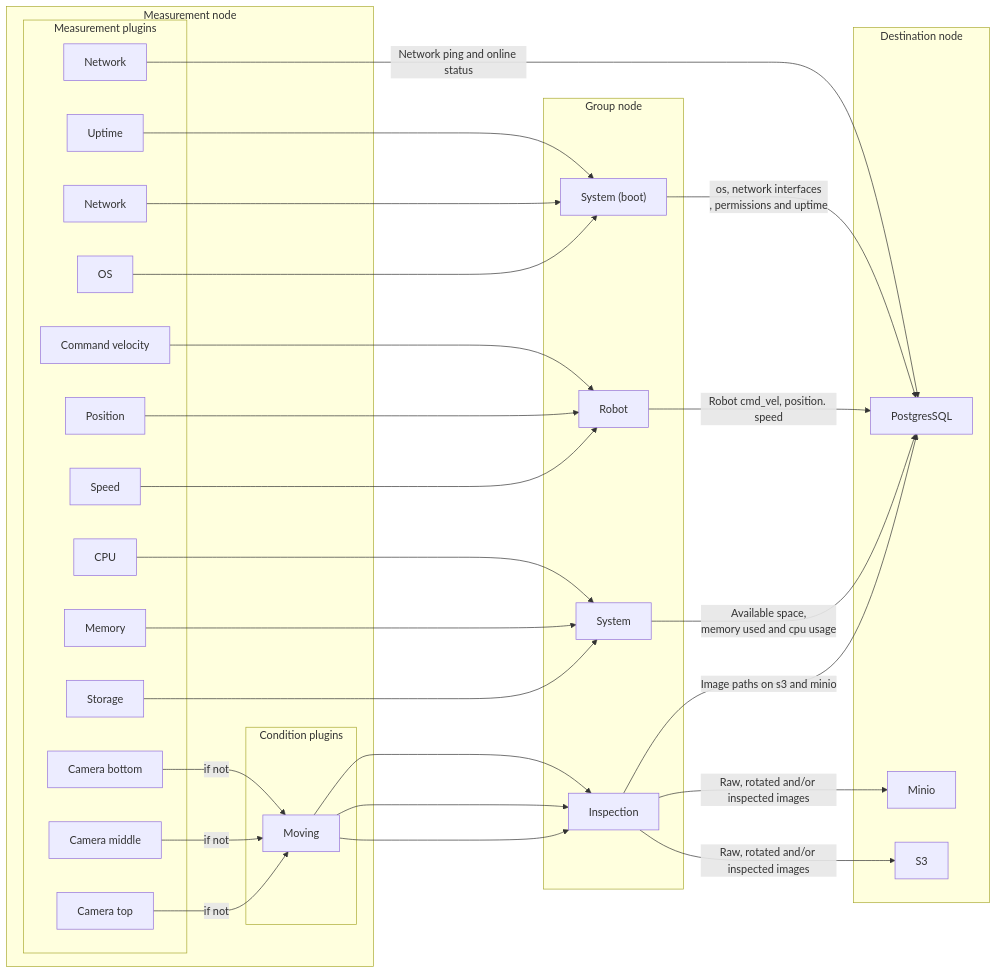
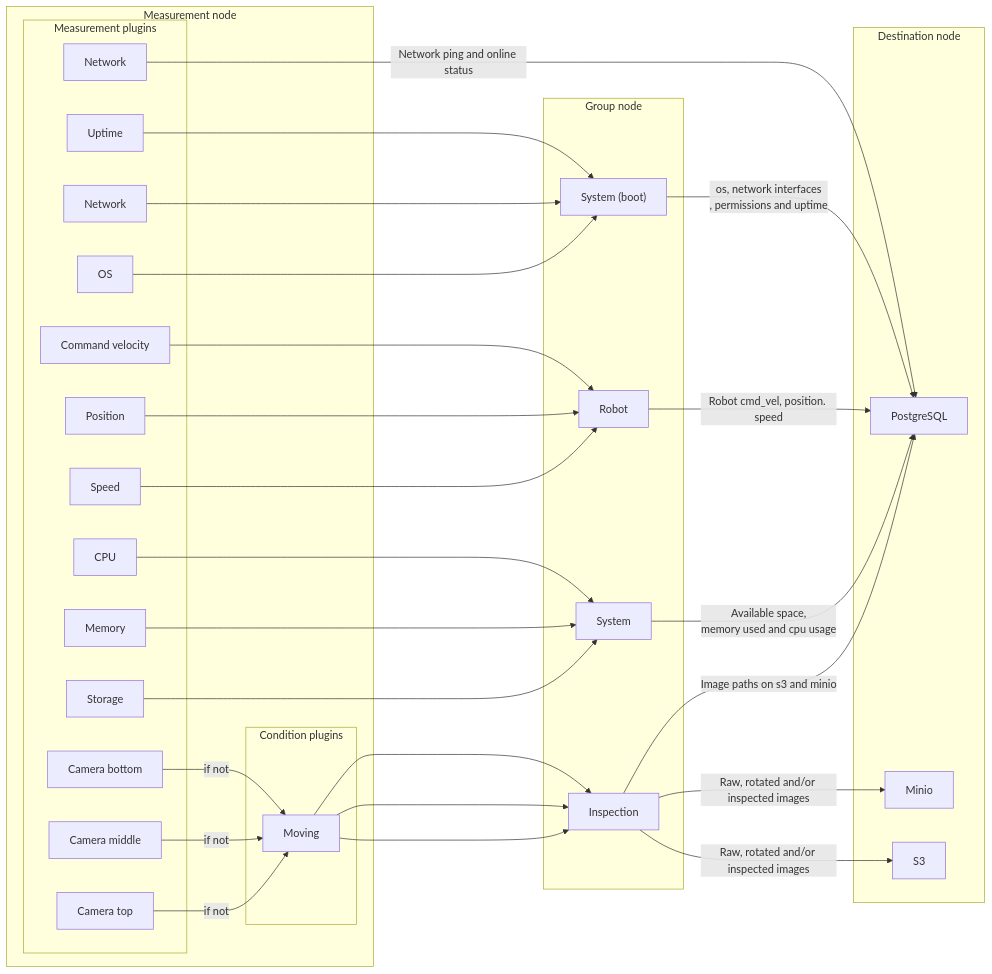
Before and after one commit to Minipada/ros2_data_collection: the diagram in doc/src/dc/introduction.md, drawn with Mermaid. The commit also changed 10 other files, not shown here.

````diff
--- a/doc/src/dc/introduction.md
+++ b/doc/src/dc/introduction.md
@@ -32,72 +32,72 @@
 ```mermaid
 flowchart LR
     pl_camera1["Camera bottom"]
     pl_camera2["Camera middle"]
     pl_camera3["Camera top"]
     pl_condition_moving["Moving"]
     pl_cpu["CPU"]
     pl_cmd_vel["Command velocity"]
     pl_memory["Memory"]
     pl_position["Position"]
     pl_speed["Speed"]
     pl_storage["Storage"]
     pl_uptime["Uptime"]
     pl_network["Network"]
     pl_network_boot["Network"]
     pl_os_boot["OS"]
 
     subgraph m_n["Measurement node"]
         subgraph cond["Condition plugins"]
             pl_condition_moving
         end
         subgraph measurements["Measurement plugins"]
             pl_camera1
             pl_camera2
             pl_camera3
             pl_cpu
             pl_cmd_vel
             pl_memory
             pl_position
             pl_speed
             pl_storage
             pl_uptime
             pl_network
             pl_network_boot
             pl_os_boot
         end
     end
 
     subgraph g_n["Group node"]
         gr_boot_system["System (boot)"]
         gr_system["System"]
         gr_robot["Robot"]
         gr_inspection["Inspection"]
     end
 
     subgraph d_n["Destination node"]
-        pl_pgsql["PostgresSQL"]
+        pl_pgsql["PostgreSQL"]
         pl_minio["Minio"]
         pl_s3["S3"]
     end
 
     pl_camera1 -- if not --> pl_condition_moving --> gr_inspection
     pl_camera2 -- if not --> pl_condition_moving --> gr_inspection
     pl_camera3 -- if not --> pl_condition_moving --> gr_inspection
     pl_cpu --> gr_system
     pl_memory --> gr_system
     pl_uptime --> gr_boot_system
     pl_network_boot --> gr_boot_system
     pl_os_boot --> gr_boot_system
     pl_storage --> gr_system
     pl_cmd_vel --> gr_robot
     pl_position --> gr_robot
     pl_speed --> gr_robot
 
     pl_network -- Network ping and online status --> pl_pgsql
     gr_boot_system -- os, network interfaces\n, permissions and uptime --> pl_pgsql
     gr_robot -- Robot cmd_vel, position. speed --> pl_pgsql
     gr_system -- Available space,\n memory used and cpu usage --> pl_pgsql
     gr_inspection -- Image paths on s3 and minio --> pl_pgsql
     gr_inspection -- Raw, rotated and/or inspected images --> pl_minio
     gr_inspection -- Raw, rotated and/or inspected images --> pl_s3
 ```
````
